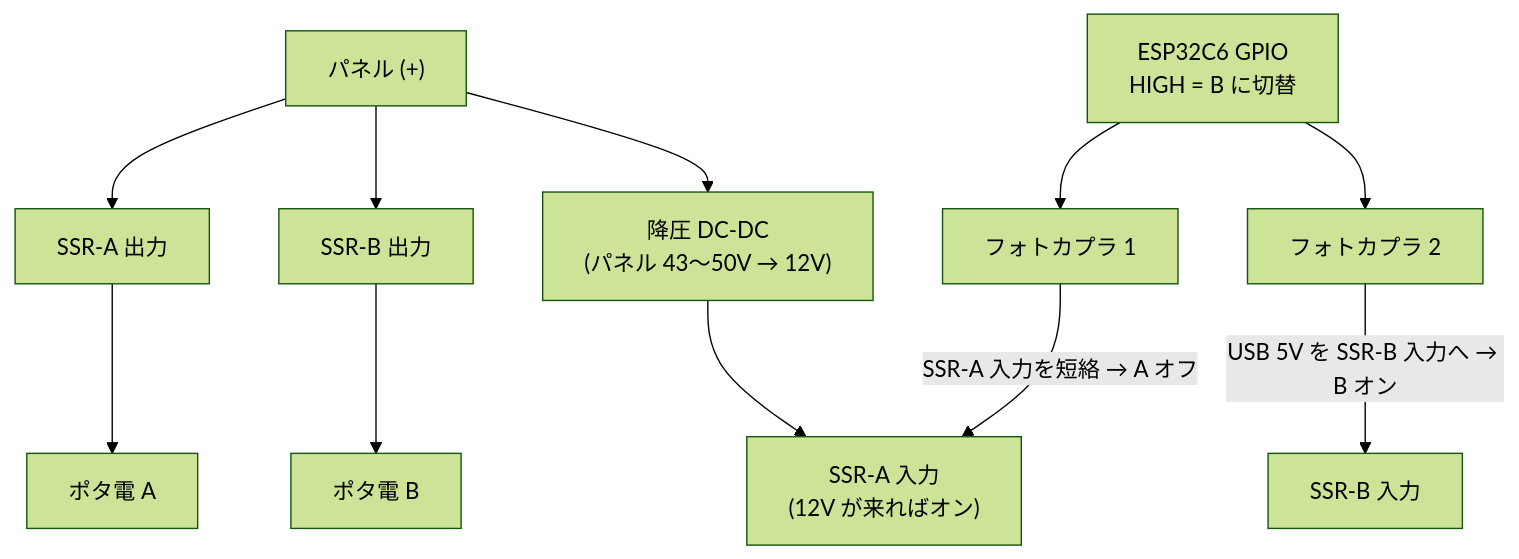
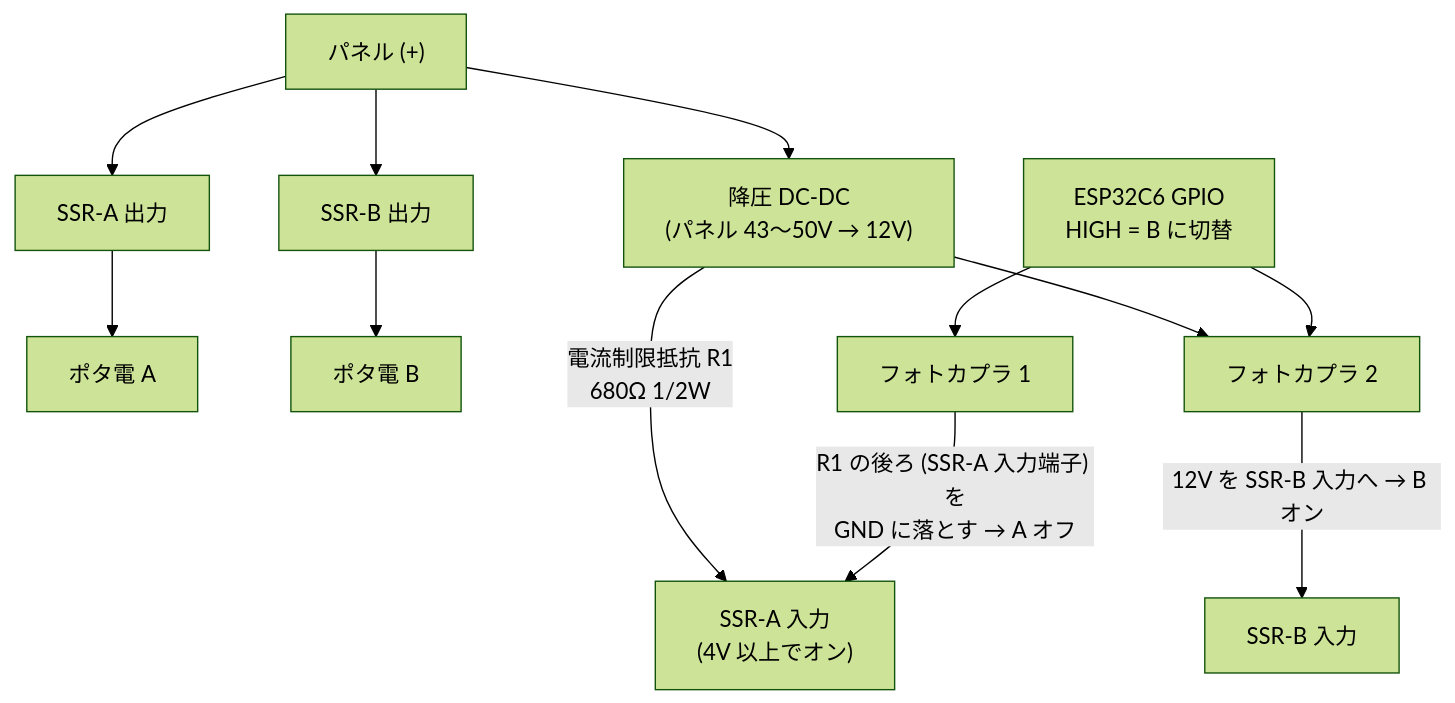
Before and after one commit to junkei-okinawa/FarmVerse: the second of 2 diagrams in docs/3_PowerSystem/01_電源システム設計.md, drawn with Mermaid (forest theme). The commit also changed other lines of this file, not shown here.

First line of the commit message:
docs(power): address PR review (TB diagram, R1 limit resistor, USB isolator, purchase list)

````diff
--- a/docs/3_PowerSystem/01_電源システム設計.md
+++ b/docs/3_PowerSystem/01_電源システム設計.md
@@ -83,8 +87,10 @@
 ```mermaid
 flowchart TB
     PV["パネル (+)"] --> SSRA_OUT["SSR-A 出力"] --> A["ポタ電 A"]
     PV --> SSRB_OUT["SSR-B 出力"] --> B["ポタ電 B"]
-    PV --> BUCK["降圧 DC-DC<br/>(パネル 43〜50V → 12V)"] --> SSRA_IN["SSR-A 入力<br/>(12V が来ればオン)"]
-    GPIO["ESP32C6 GPIO<br/>HIGH = B に切替"] --> PC1["フォトカプラ 1"] -- "SSR-A 入力を短絡 → A オフ" --> SSRA_IN
-    GPIO --> PC2["フォトカプラ 2"] -- "USB 5V を SSR-B 入力へ → B オン" --> SSRB_IN["SSR-B 入力"]
+    PV --> BUCK["降圧 DC-DC<br/>(パネル 43〜50V → 12V)"]
+    BUCK -- "電流制限抵抗 R1<br/>680Ω 1/2W" --> SSRA_IN["SSR-A 入力<br/>(4V 以上でオン)"]
+    BUCK --> PC2
+    GPIO["ESP32C6 GPIO<br/>HIGH = B に切替"] --> PC1["フォトカプラ 1"] -- "R1 の後ろ (SSR-A 入力端子) を<br/>GND に落とす → A オフ" --> SSRA_IN
+    GPIO --> PC2["フォトカプラ 2"] -- "12V を SSR-B 入力へ → B オン" --> SSRB_IN["SSR-B 入力"]
 ```
````
